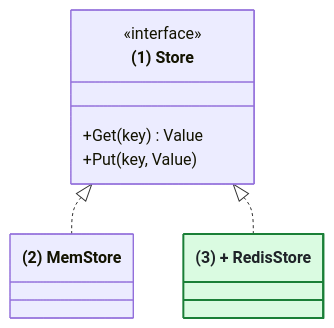
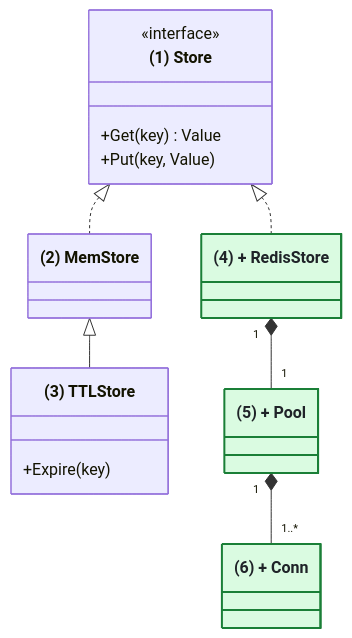
The diagram in skills/see-it/templates/class.mmd (knwoop/see-it), drawn with Mermaid before and after one commit.

Commit message:
Show inheritance, composition, and multiplicity in the class template

```diff
--- a/skills/see-it/templates/class.mmd
+++ b/skills/see-it/templates/class.mmd
@@ -1,16 +1,24 @@
-%% class.mmd: types, inheritance, interfaces.
+%% class.mmd: types, inheritance, interfaces, composition, multiplicity.
 classDiagram
   class Store["(1) Store"] {
     <<interface>>
     +Get(key) Value
     +Put(key, Value)
   }
   class MemStore["(2) MemStore"]
-  class RedisStore["(3) + RedisStore"]:::added
+  class TTLStore["(3) TTLStore"] {
+    +Expire(key)
+  }
+  class RedisStore["(4) + RedisStore"]:::added
+  class Pool["(5) + Pool"]:::added
+  class Conn["(6) + Conn"]:::added
   Store <|.. MemStore
   Store <|.. RedisStore
+  MemStore <|-- TTLStore
+  RedisStore "1" *-- "1" Pool
+  Pool "1" *-- "1..*" Conn
 
   classDef added fill:#dafbe1,stroke:#1a7f37,stroke-width:2px,color:#1f2328
   classDef removed fill:#ffebe9,stroke:#cf222e,stroke-width:2px,stroke-dasharray:5 3,color:#1f2328
   classDef changed fill:#fff8c5,stroke:#9a6700,stroke-width:2px,color:#1f2328
   classDef boundary fill:#eaeef2,stroke:#8c959f,stroke-dasharray:3 3,color:#57606a
```
